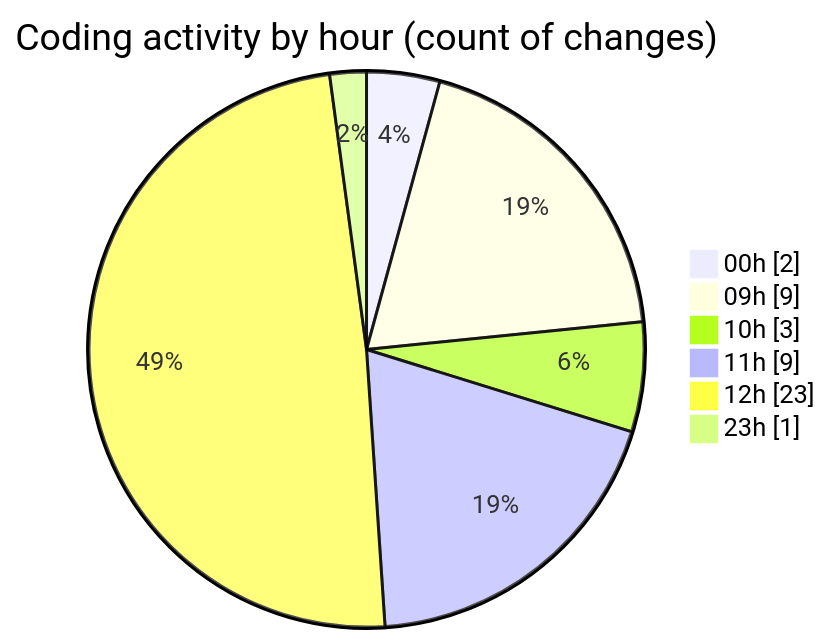
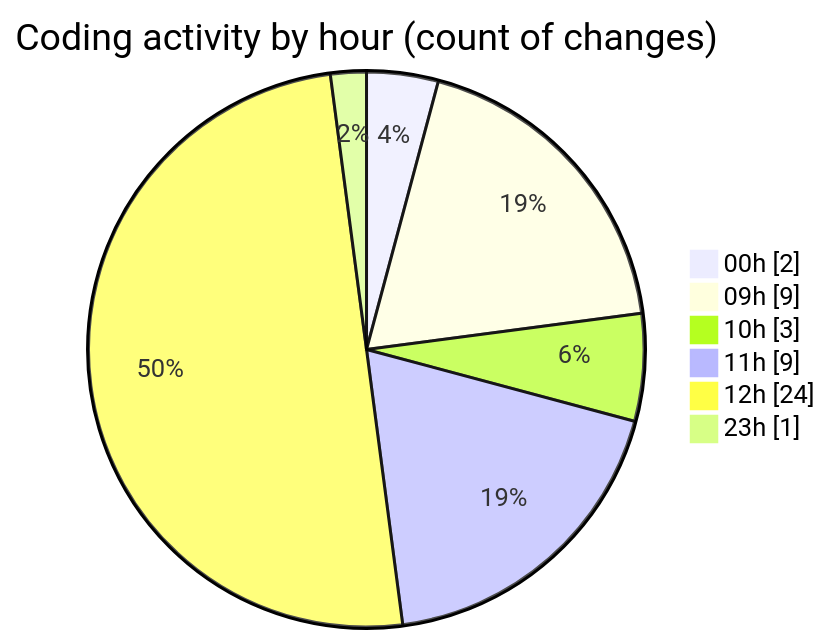
The second of 2 diagrams in 2025-07-29/cda/README.md (momahboobian/code-tracking), drawn with Mermaid before and after one commit. The commit also changed other lines of this file and 1 other file, not shown here.

````diff
--- a/2025-07-29/cda/README.md
+++ b/2025-07-29/cda/README.md
@@ -33,10 +33,10 @@
 ```mermaid
 pie showData
 title Coding activity by hour (count of changes)
 "00h" : 2
 "09h" : 9
 "10h" : 3
 "11h" : 9
-"12h" : 23
+"12h" : 24
 "23h" : 1
 ```
````
